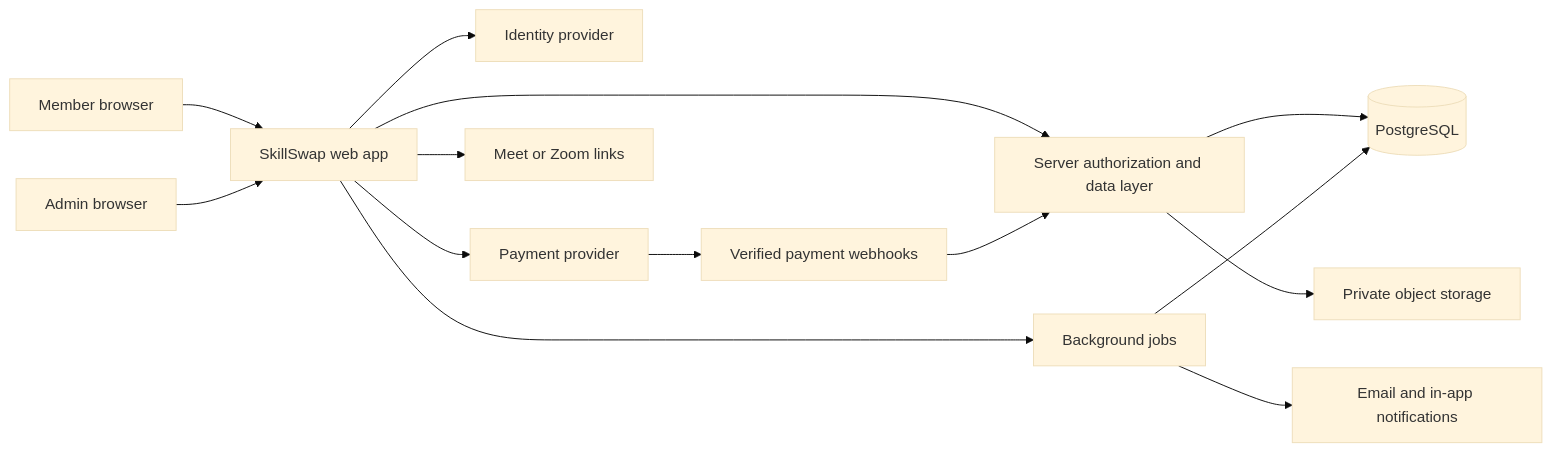
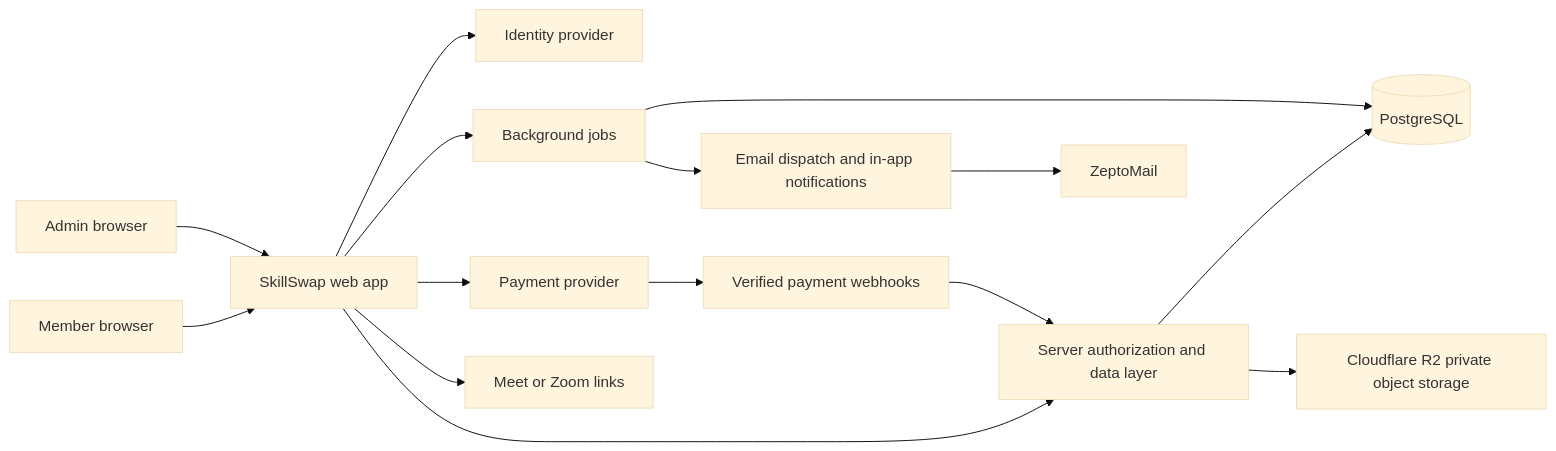
Before and after one commit to cynthialoh/SkillSwap12: the diagram in IMPLEMENTATION_PLAN.md, drawn with Mermaid (base theme). The commit also changed other lines of this file and 171 other files, not shown here.

````diff
--- a/IMPLEMENTATION_PLAN.md
+++ b/IMPLEMENTATION_PLAN.md
@@ -91,16 +92,17 @@
 ```mermaid
 flowchart LR
   Member[Member browser] --> Web[SkillSwap web app]
   Admin[Admin browser] --> Web
   Web --> Auth[Identity provider]
   Web --> DAL[Server authorization and data layer]
   DAL --> DB[(PostgreSQL)]
-  DAL --> Store[Private object storage]
+  DAL --> Store[Cloudflare R2 private object storage]
   Web --> Jobs[Background jobs]
   Jobs --> DB
-  Jobs --> Notify[Email and in-app notifications]
+  Jobs --> Notify[Email dispatch and in-app notifications]
+  Notify --> Zepto[ZeptoMail]
   Web --> Pay[Payment provider]
   Pay --> Webhook[Verified payment webhooks]
   Webhook --> DAL
   Web --> Meet[Meet or Zoom links]
 ```
````
